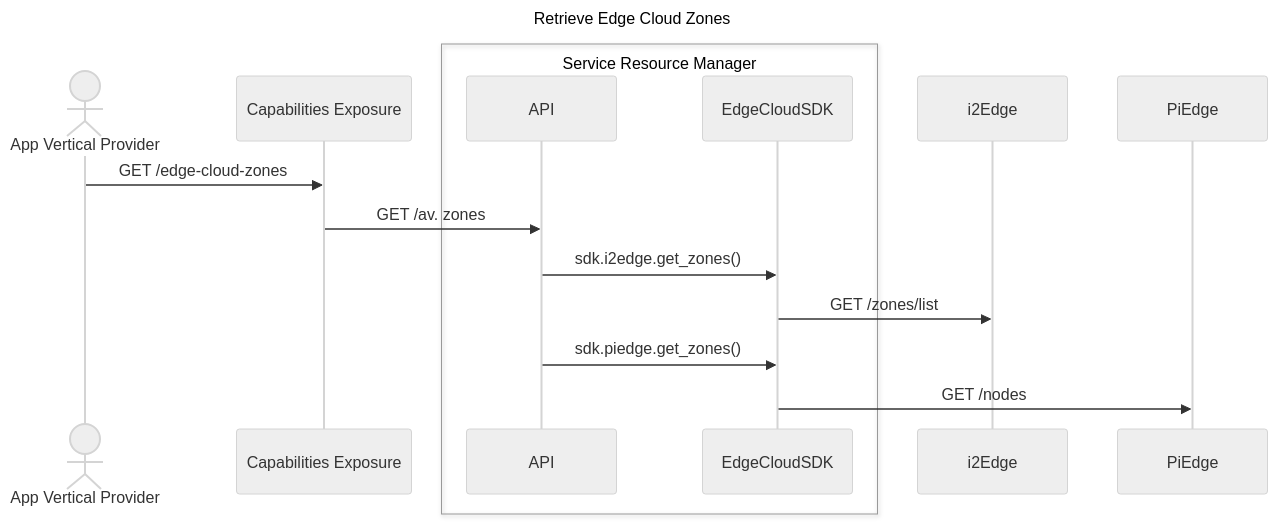
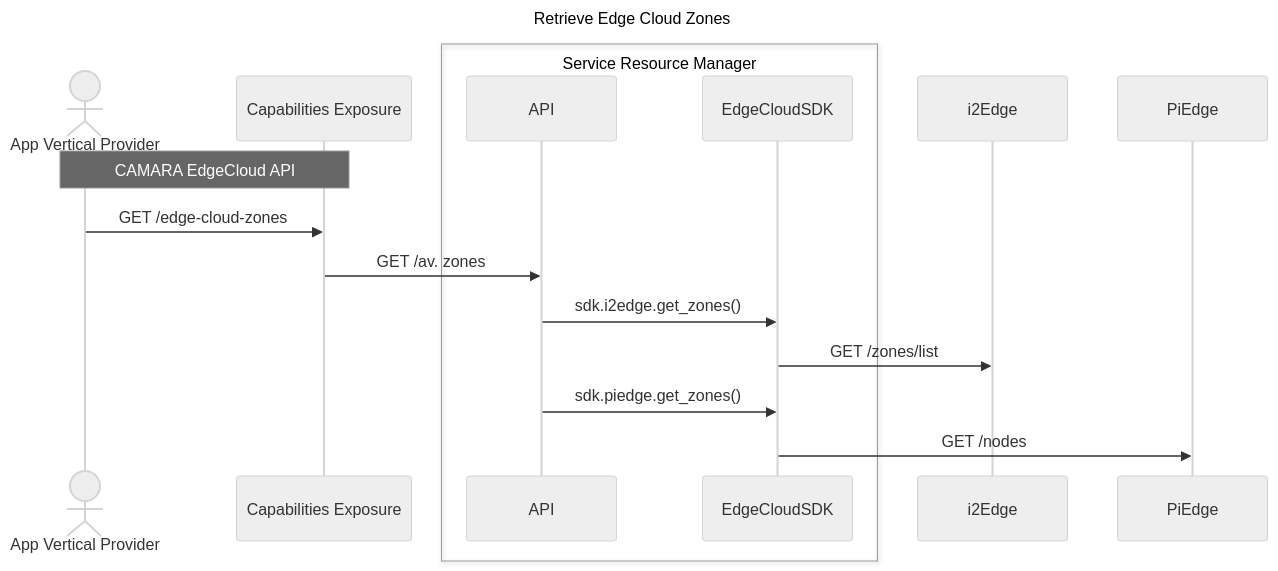
One commit to tassospandis/open-sdk changed the diagram in edgecloud/doc/workflows/get_av_zones.md. Above: the diagram before and after it, drawn with Mermaid (neutral theme).

Commit message:
Improve (again) the get av. zones diagram

````diff
--- a/edgecloud/doc/workflows/get_av_zones.md
+++ b/edgecloud/doc/workflows/get_av_zones.md
@@ -1,19 +1,20 @@
 ```mermaid
 sequenceDiagram
 title Retrieve Edge Cloud Zones
 actor AP as App Vertical Provider
 participant CE as Capabilities Exposure
 box Service Resource Manager
     participant API
     participant SDK as EdgeCloudSDK
 end
 participant i2Edge
 participant PiEdge
 
+note over AP,CE: CAMARA EdgeCloud API
 AP ->> CE: GET /edge-cloud-zones
 CE ->> API: GET /av. zones
 API ->> SDK: sdk.i2edge.get_zones()
 SDK ->> i2Edge: GET /zones/list
 API ->> SDK: sdk.piedge.get_zones()
 SDK ->> PiEdge: GET /nodes
 ```
````
